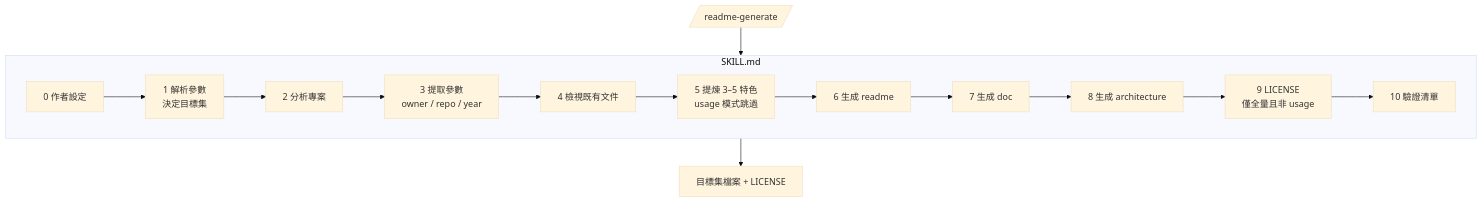
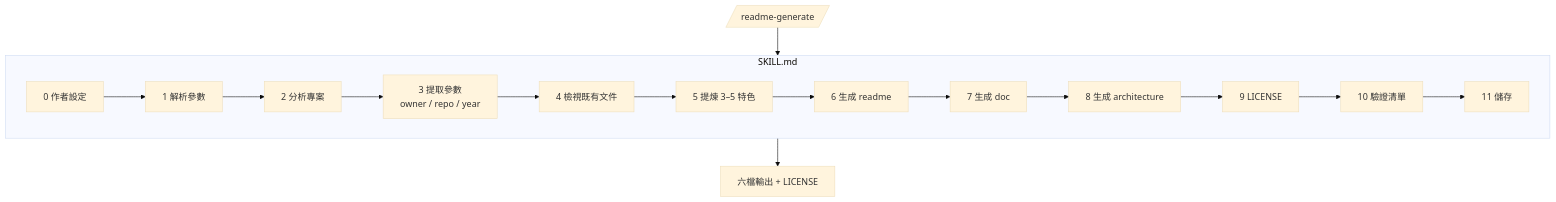
The second of 7 diagrams in doc/architecture.zh.md (agenvoy/skill-readme-generate), drawn with Mermaid (base theme) before and after one commit. The commit also changed other lines of this file and 6 other files, not shown here.

````diff
--- a/doc/architecture.zh.md
+++ b/doc/architecture.zh.md
@@ -28,17 +27,18 @@
 ```mermaid
 graph TB
     subgraph SKILL["SKILL.md"]
-        Step0[0 作者設定] --> Step1[1 解析參數<br/>決定目標集]
+        Step0[0 作者設定] --> Step1[1 解析參數]
         Step1 --> Step2[2 分析專案]
         Step2 --> Step3[3 提取參數<br/>owner / repo / year]
         Step3 --> Step4[4 檢視既有文件]
-        Step4 --> Step5[5 提煉 3–5 特色<br/>usage 模式跳過]
+        Step4 --> Step5[5 提煉 3–5 特色]
         Step5 --> Step6[6 生成 readme]
         Step6 --> Step7[7 生成 doc]
         Step7 --> Step8[8 生成 architecture]
-        Step8 --> Step9[9 LICENSE<br/>僅全量且非 usage]
+        Step8 --> Step9[9 LICENSE]
         Step9 --> Step10[10 驗證清單]
+        Step10 --> Step11[11 儲存]
     end
     SlashCmd[/readme-generate/] --> SKILL
-    SKILL --> Files[目標集檔案 + LICENSE]
+    SKILL --> Files[六檔輸出 + LICENSE]
 ```
````
